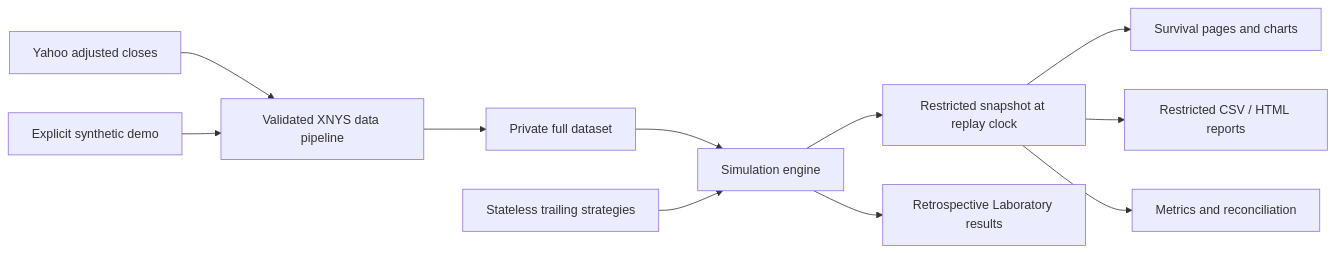
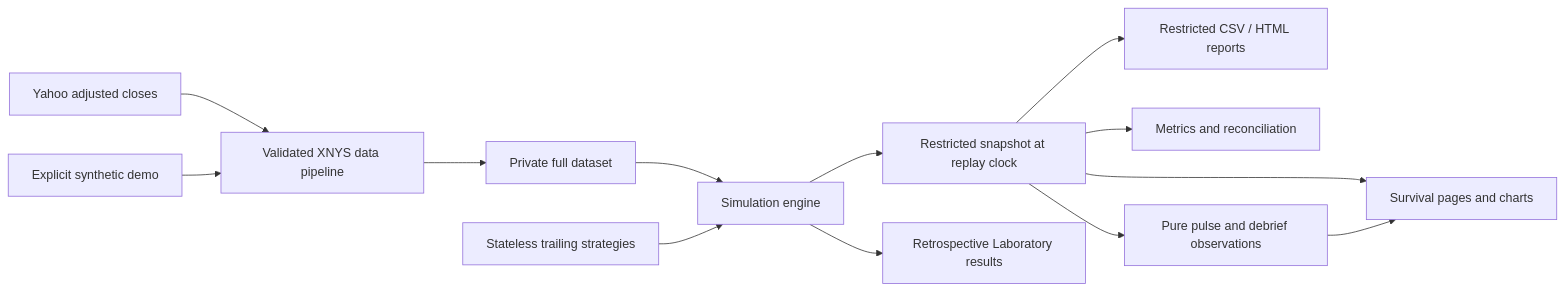
One commit to CysTing/Financial-Crisis-Time-Machine changed the diagram in docs/ARCHITECTURE.md. Above: the diagram before and after it, drawn with Mermaid. The commit also changed other lines of this file and 29 other files, not shown here.

````diff
--- a/docs/ARCHITECTURE.md
+++ b/docs/ARCHITECTURE.md
@@ -8,13 +8,15 @@
 ```mermaid
 flowchart LR
     Y[Yahoo adjusted closes] --> D[Validated XNYS data pipeline]
     S[Explicit synthetic demo] --> D
     D --> C[Private full dataset]
     C --> E[Simulation engine]
     T[Stateless trailing strategies] --> E
     E --> R[Restricted snapshot at replay clock]
     R --> U[Survival pages and charts]
     R --> X[Restricted CSV / HTML reports]
     E --> L[Retrospective Laboratory results]
     R --> M[Metrics and reconciliation]
+    R --> O[Pure pulse and debrief observations]
+    O --> U
 ```
````
